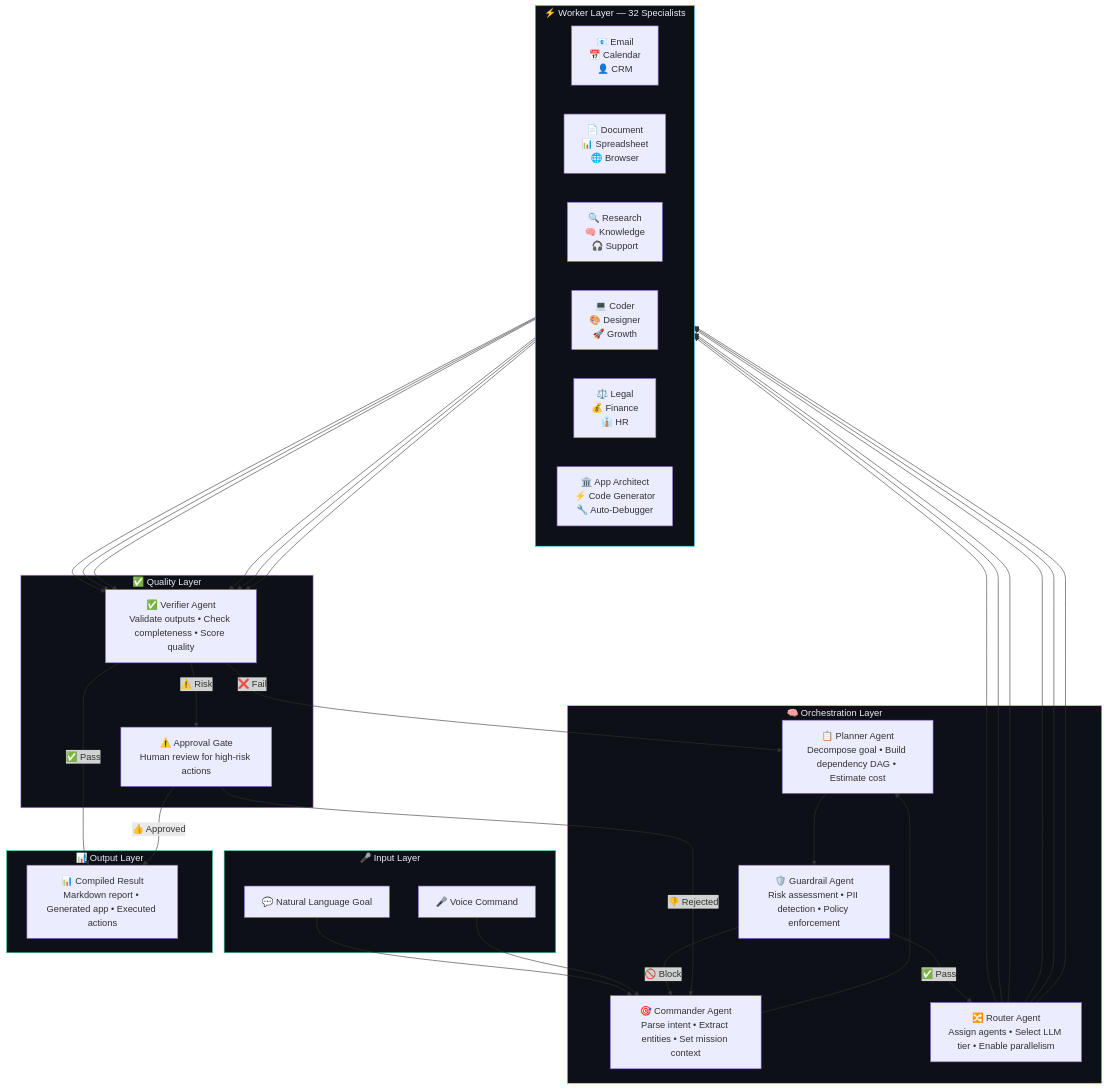
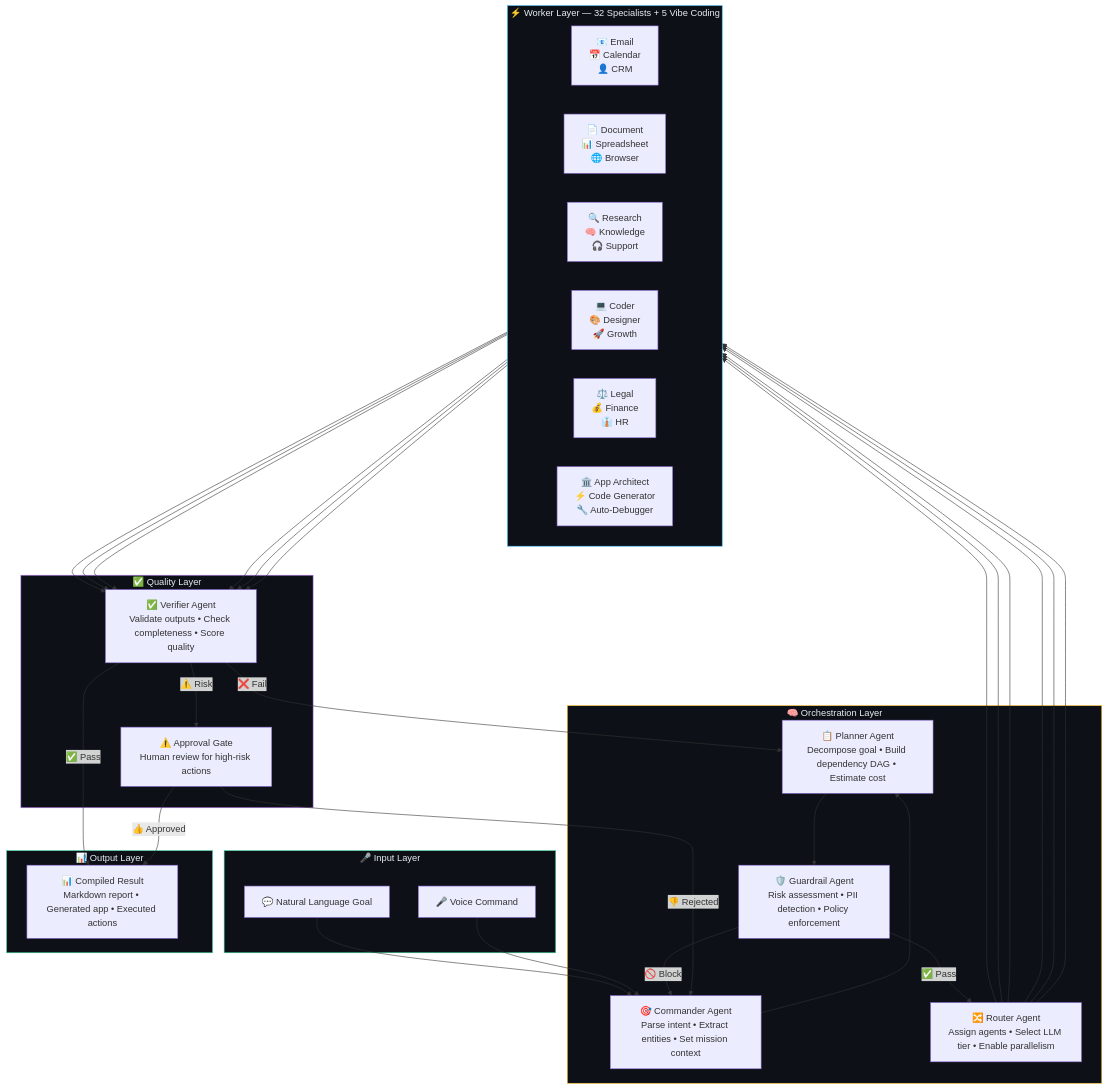
One commit to inbharatai/jak-swarm changed the first of 4 diagrams in README.md. Above: the diagram before and after it, drawn with Mermaid. The commit also changed other lines of this file, not shown here.

````diff
--- a/README.md
+++ b/README.md
@@ -35,53 +35,53 @@
 ```mermaid
 flowchart TD
     subgraph INPUT["🎤 Input Layer"]
         A["💬 Natural Language Goal"]
         B["🎤 Voice Command"]
     end
 
     subgraph ORCHESTRATION["🧠 Orchestration Layer"]
         C["🎯 Commander Agent\nParse intent • Extract entities • Set mission context"]
         D["📋 Planner Agent\nDecompose goal • Build dependency DAG • Estimate cost"]
         E["🛡️ Guardrail Agent\nRisk assessment • PII detection • Policy enforcement"]
         F["🔀 Router Agent\nAssign agents • Select LLM tier • Enable parallelism"]
     end
 
-    subgraph WORKERS["⚡ Worker Layer — 32 Specialists"]
+    subgraph WORKERS["⚡ Worker Layer — 32 Specialists + 5 Vibe Coding"]
         direction LR
         G["📧 Email\n📅 Calendar\n👤 CRM"]
         H["📄 Document\n📊 Spreadsheet\n🌐 Browser"]
         I["🔍 Research\n🧠 Knowledge\n🎧 Support"]
         J["💻 Coder\n🎨 Designer\n🚀 Growth"]
         K["⚖️ Legal\n💰 Finance\n👔 HR"]
         L["🏛️ App Architect\n⚡ Code Generator\n🔧 Auto-Debugger"]
     end
 
     subgraph VERIFY["✅ Quality Layer"]
         M["✅ Verifier Agent\nValidate outputs • Check completeness • Score quality"]
         N["⚠️ Approval Gate\nHuman review for high-risk actions"]
     end
 
     subgraph OUTPUT["📊 Output Layer"]
         O["📊 Compiled Result\nMarkdown report • Generated app • Executed actions"]
     end
 
     A --> C
     B --> C
     C --> D
     D --> E
     E -->|"✅ Pass"| F
     E -->|"🚫 Block"| C
     F --> G & H & I & J & K & L
     G & H & I & J & K & L --> M
     M -->|"✅ Pass"| O
     M -->|"❌ Fail"| D
     M -->|"⚠️ Risk"| N
     N -->|"👍 Approved"| O
     N -->|"👎 Rejected"| C
 
     style INPUT fill:#0d1117,stroke:#34d399,color:#e6edf3
     style ORCHESTRATION fill:#0d1117,stroke:#fbbf24,color:#e6edf3
     style WORKERS fill:#0d1117,stroke:#38bdf8,color:#e6edf3
     style VERIFY fill:#0d1117,stroke:#c084fc,color:#e6edf3
     style OUTPUT fill:#0d1117,stroke:#34d399,color:#e6edf3
 ```
````
